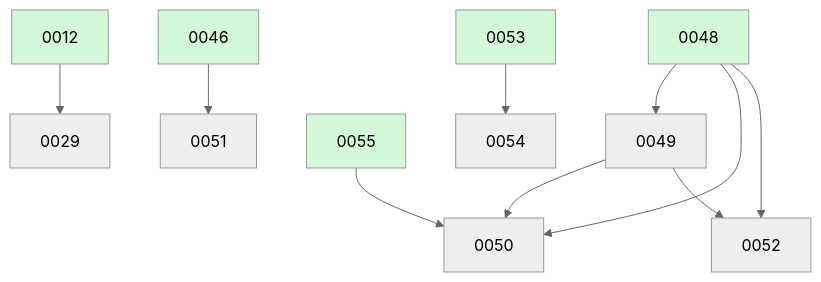
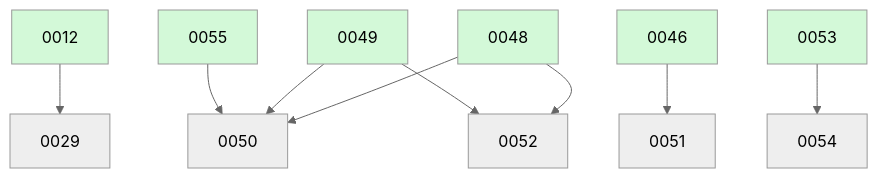
The diagram in docs/changes/BOARD.md (ethanhinson/fuse), drawn with Mermaid (neutral theme) before and after one commit. The commit also changed other lines of this file, not shown here.

````diff
--- a/docs/changes/BOARD.md
+++ b/docs/changes/BOARD.md
@@ -26,18 +20,18 @@
 ```mermaid
 graph TD
   0012 --> 0029
-  0048 --> 0049
   0048 --> 0050
   0049 --> 0050
   0055 --> 0050
   0046 --> 0051
   0048 --> 0052
   0049 --> 0052
   0053 --> 0054
   0012:::done
   0046:::done
   0048:::done
+  0049:::done
   0053:::done
   0055:::done
   classDef done fill:#d3f9d8;
 ```
````
